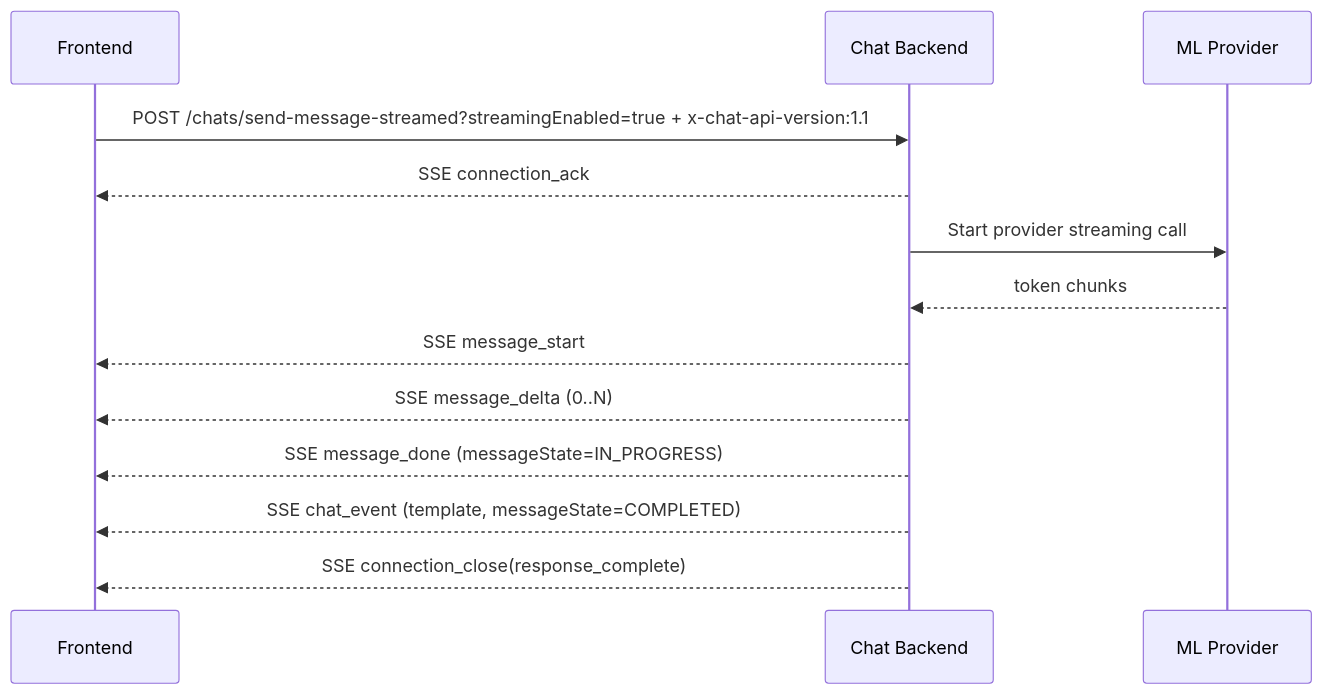
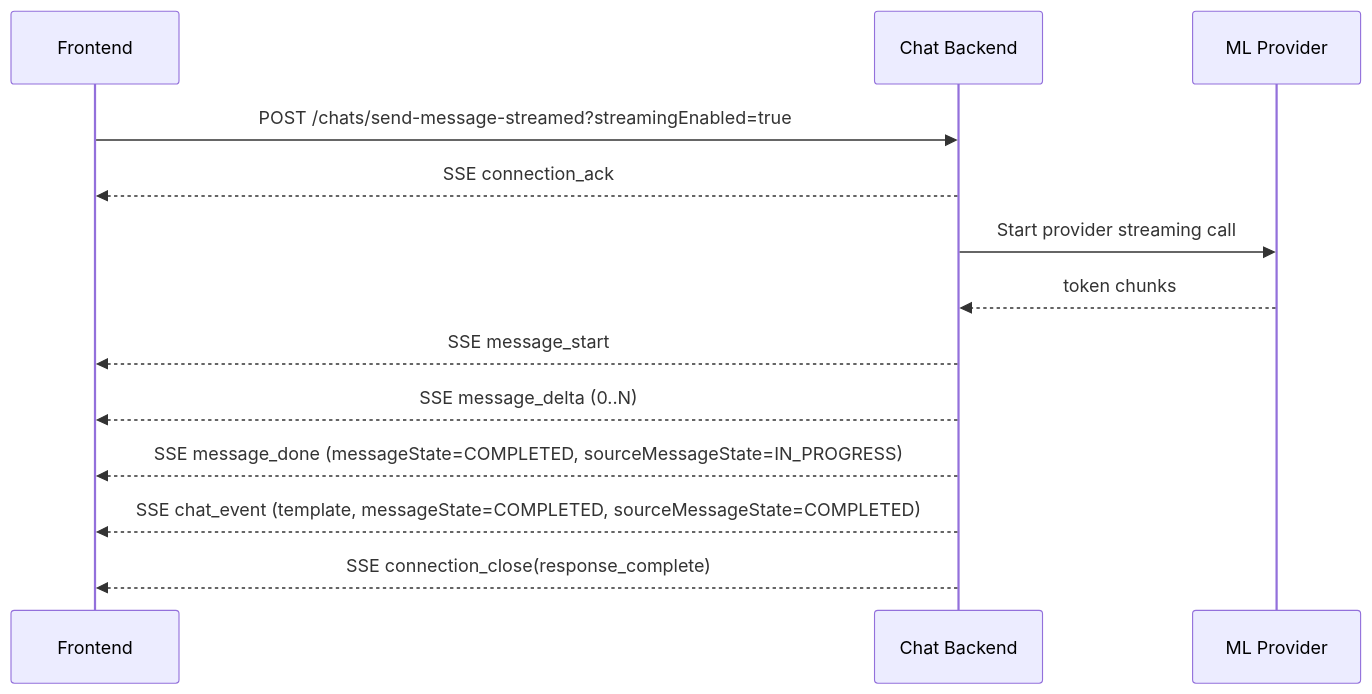
One commit to sachin-hg/chat-demo changed the first of 2 diagrams in chat_v1_1_incremental_streaming.md. Above: the diagram before and after it, drawn with Mermaid. The commit also changed other lines of this file and 9 other files, not shown here.

````diff
--- a/chat_v1_1_incremental_streaming.md
+++ b/chat_v1_1_incremental_streaming.md
@@ -377,16 +380,16 @@
 ```mermaid
 sequenceDiagram
     participant FE as Frontend
     participant BE as Chat Backend
     participant ML as ML Provider
 
-    FE->>BE: POST /chats/send-message-streamed?streamingEnabled=true + x-chat-api-version:1.1
+    FE->>BE: POST /chats/send-message-streamed?streamingEnabled=true
     BE-->>FE: SSE connection_ack
     BE->>ML: Start provider streaming call
     ML-->>BE: token chunks
     BE-->>FE: SSE message_start
     BE-->>FE: SSE message_delta (0..N)
-    BE-->>FE: SSE message_done (messageState=IN_PROGRESS)
-    BE-->>FE: SSE chat_event (template, messageState=COMPLETED)
+    BE-->>FE: SSE message_done (messageState=COMPLETED, sourceMessageState=IN_PROGRESS)
+    BE-->>FE: SSE chat_event (template, messageState=COMPLETED, sourceMessageState=COMPLETED)
     BE-->>FE: SSE connection_close(response_complete)
 ```
````
